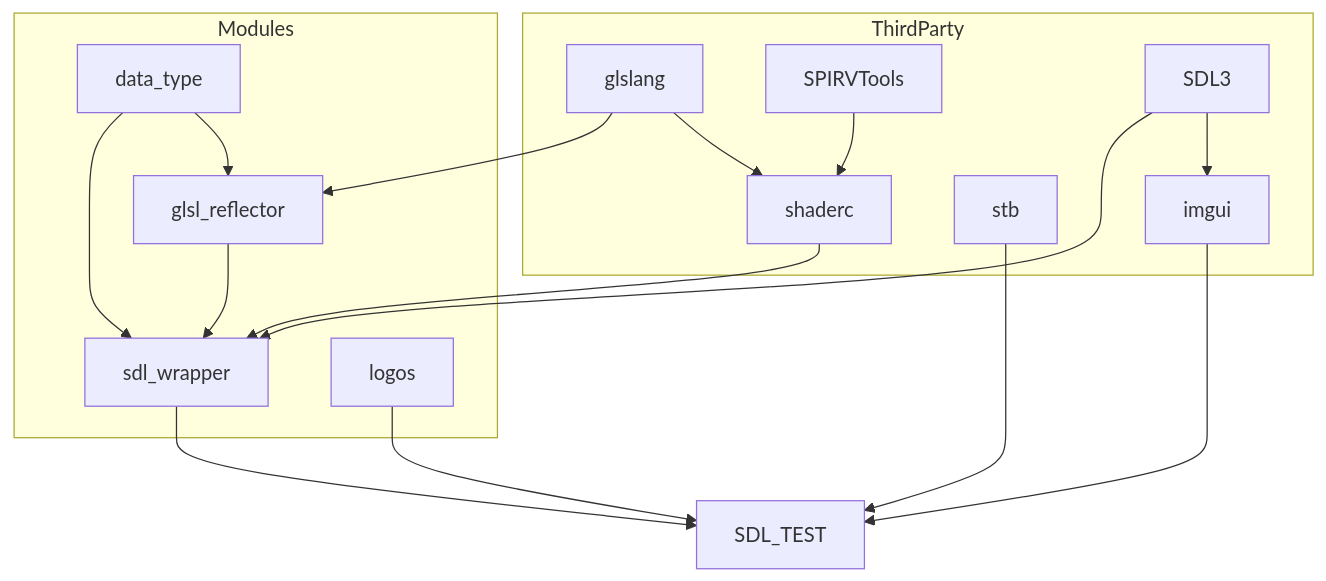
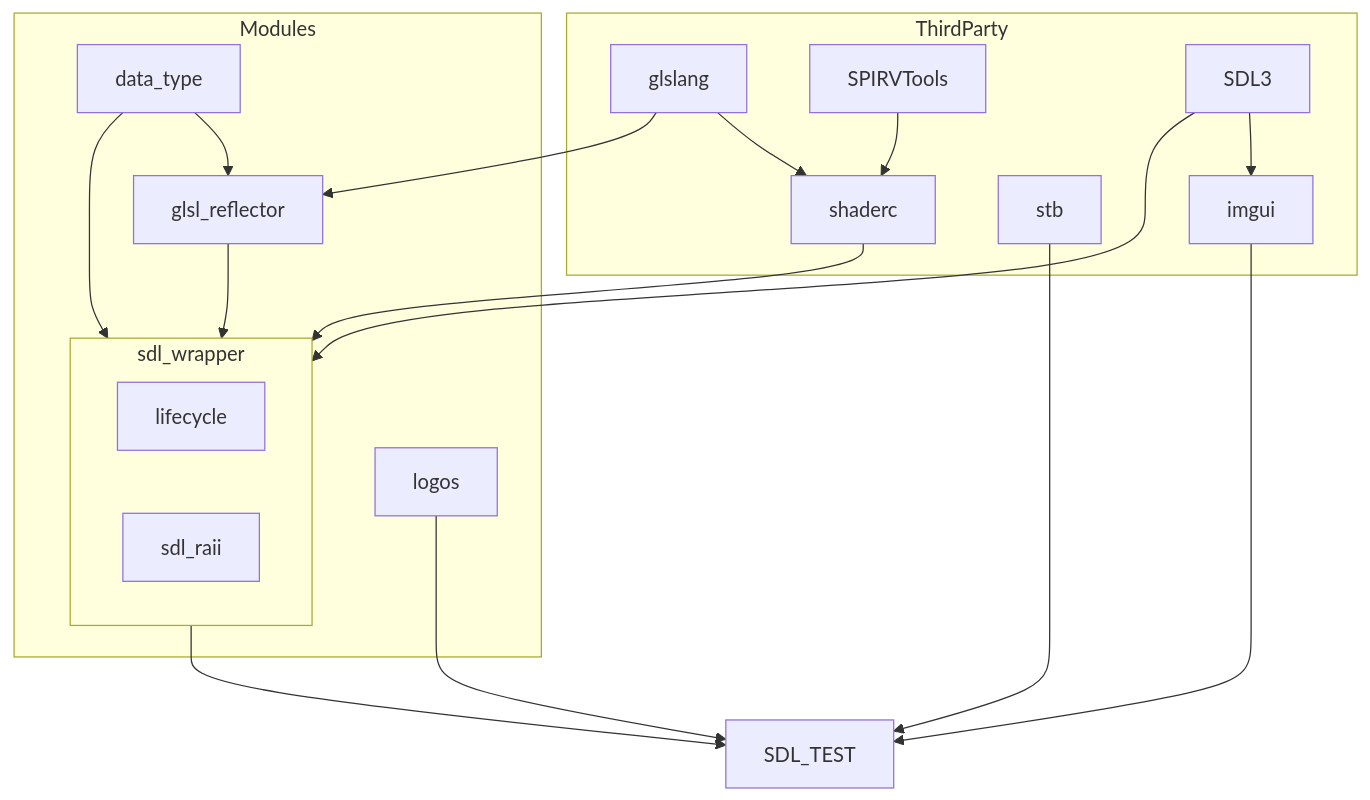
The diagram in README.md (WSQS/sdl_test), drawn with Mermaid before and after one commit. The commit also changed other lines of this file and 24 other files, not shown here.

````diff
--- a/README.md
+++ b/README.md
@@ -7,37 +7,42 @@
 ```mermaid
 graph TD
 
     subgraph ThirdParty
         glslang
         shaderc
         SPIRVTools
         SDL3
         stb
         imgui
     end
 
     subgraph Modules
         data_type
         glsl_reflector
         sdl_wrapper
         logos
+    end
+    
+    subgraph sdl_wrapper
+        lifecycle
+        sdl_raii
     end
 
     glslang --> shaderc
     SPIRVTools --> shaderc
 
     SDL3 --> imgui
 
     glslang --> glsl_reflector
     data_type --> glsl_reflector
 
     shaderc --> sdl_wrapper
     SDL3 --> sdl_wrapper
     glsl_reflector --> sdl_wrapper
     data_type --> sdl_wrapper
     
     imgui --> SDL_TEST
     sdl_wrapper --> SDL_TEST
     stb --> SDL_TEST
     logos --> SDL_TEST
 ```
````
